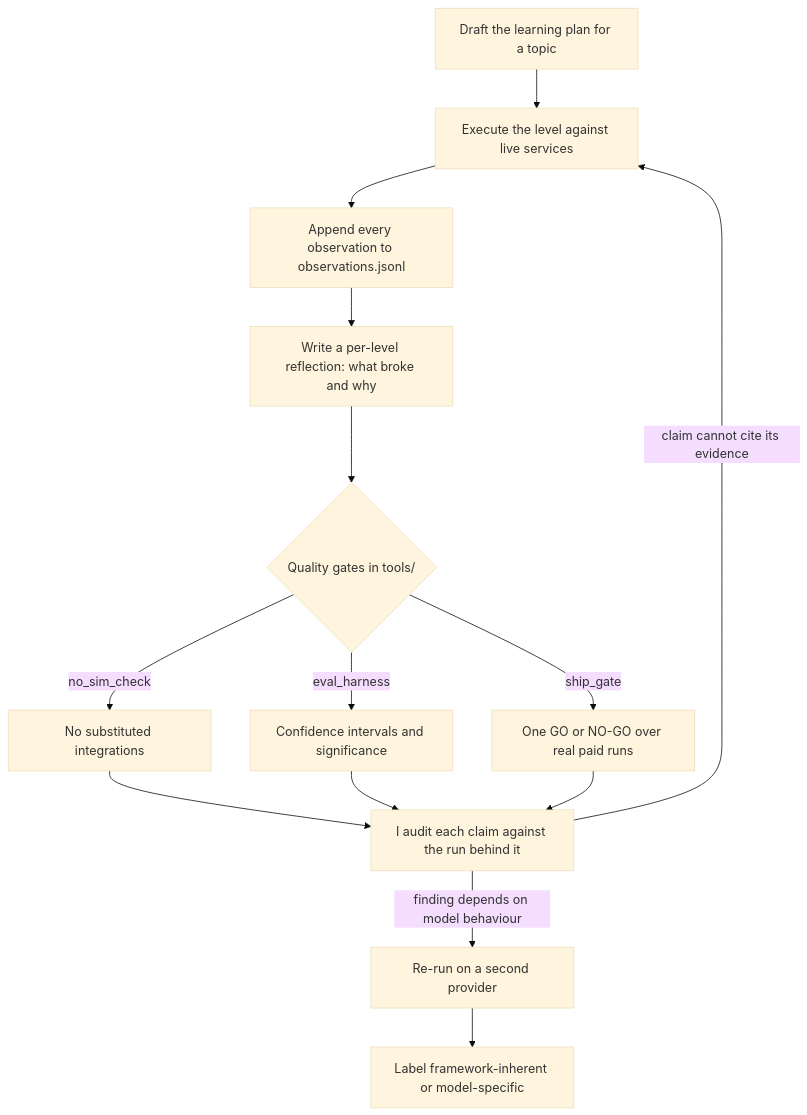
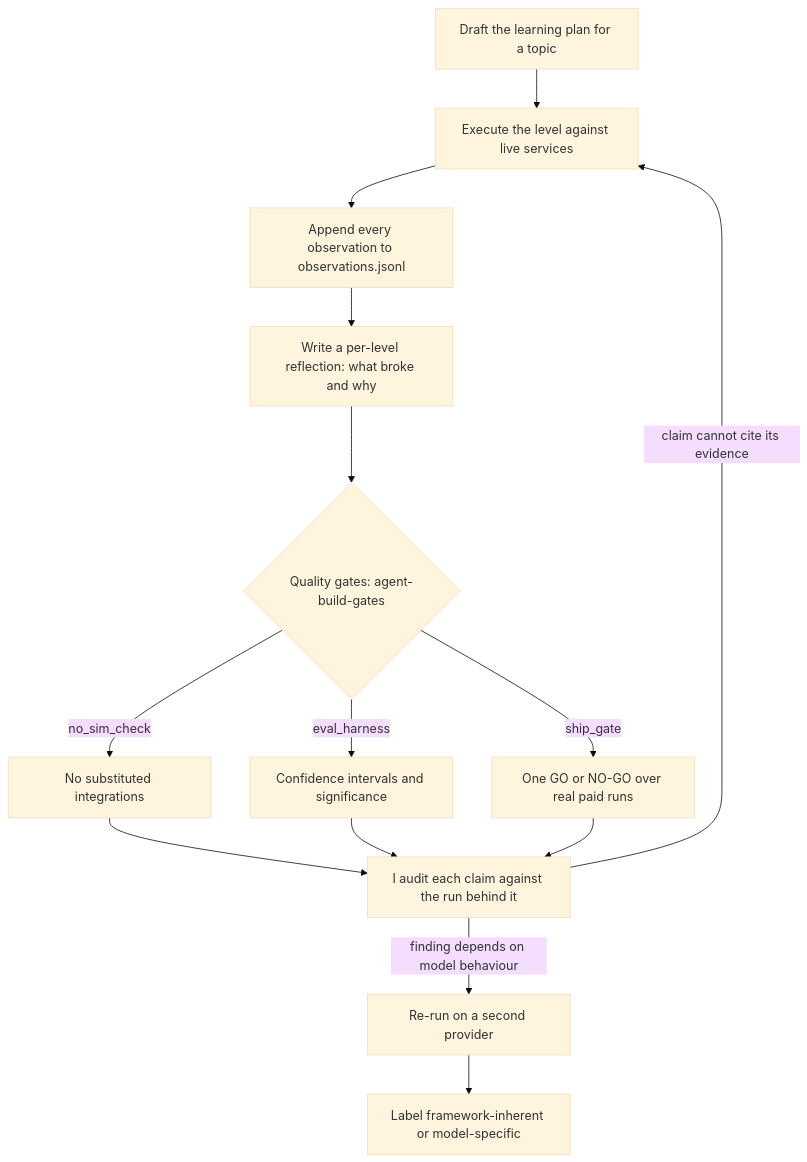
One commit to snymanpaul/aws_agent_1 changed the diagram in METHOD.md. Above: the diagram before and after it, drawn with Mermaid (base theme). The commit also changed other lines of this file and 26 other files, not shown here.

First line of the commit message:
Extract the gates into an installable agent-build-gates package

````diff
--- a/METHOD.md
+++ b/METHOD.md
@@ -13,16 +13,16 @@
 ```mermaid
 flowchart TD
     Plan[Draft the learning plan for a topic] --> Run[Execute the level against live services]
     Run --> Log[Append every observation to observations.jsonl]
     Log --> Reflect[Write a per-level reflection: what broke and why]
-    Reflect --> Gates{Quality gates in tools/}
+    Reflect --> Gates{Quality gates: agent-build-gates}
     Gates -->|no_sim_check| G1[No substituted integrations]
     Gates -->|eval_harness| G2[Confidence intervals and significance]
     Gates -->|ship_gate| G3[One GO or NO-GO over real paid runs]
     G1 --> Audit[I audit each claim against the run behind it]
     G2 --> Audit
     G3 --> Audit
     Audit -->|claim cannot cite its evidence| Run
     Audit -->|finding depends on model behaviour| Second[Re-run on a second provider]
     Second --> Label[Label framework-inherent or model-specific]
 ```
````
